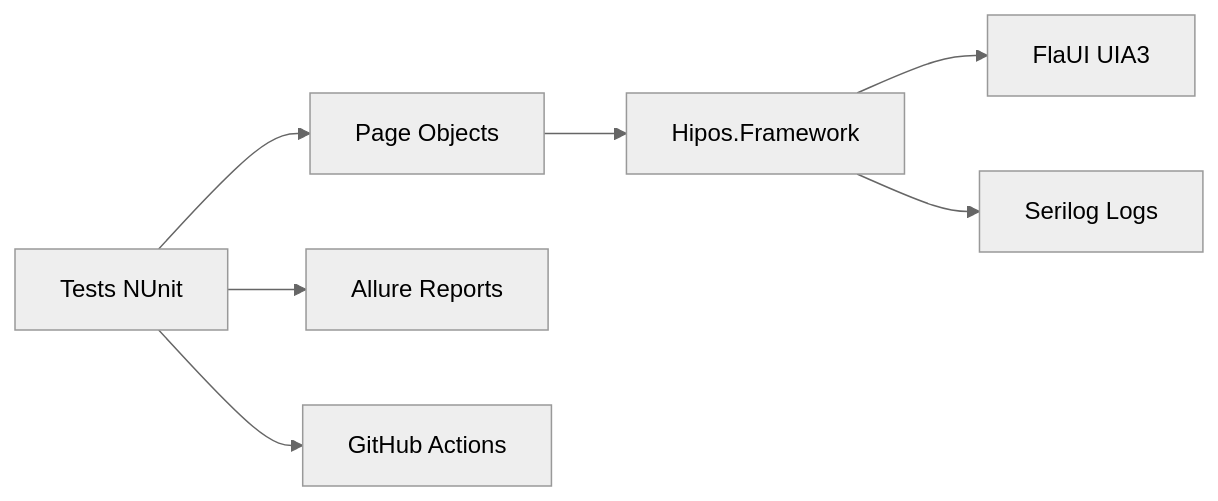
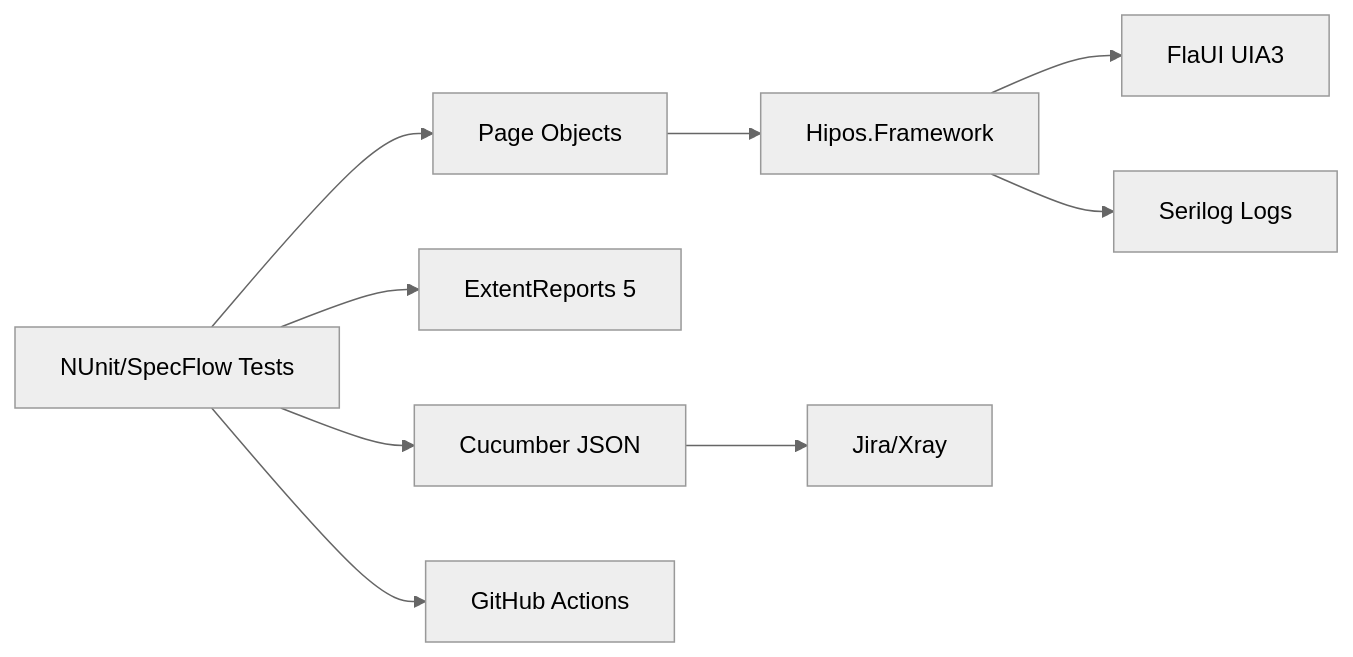
Before and after one commit to Akradeveloper/Hipos: the diagram in website/docs/intro.md, drawn with Mermaid (neutral theme). The commit also changed other lines of this file and 8 other files, not shown here.

````diff
--- a/website/docs/intro.md
+++ b/website/docs/intro.md
@@ -42,9 +45,11 @@
 ```mermaid
 graph LR
-    Tests[Tests NUnit] --> PageObjects[Page Objects]
+    Tests[NUnit/SpecFlow Tests] --> PageObjects[Page Objects]
     PageObjects --> Framework[Hipos.Framework]
     Framework --> FlaUI[FlaUI UIA3]
-    Tests --> Allure[Allure Reports]
+    Tests --> ExtentReports[ExtentReports 5]
+    Tests --> CucumberJSON[Cucumber JSON]
+    CucumberJSON --> Xray[Jira/Xray]
     Framework --> Serilog[Serilog Logs]
     Tests --> CI[GitHub Actions]
 ```
````
